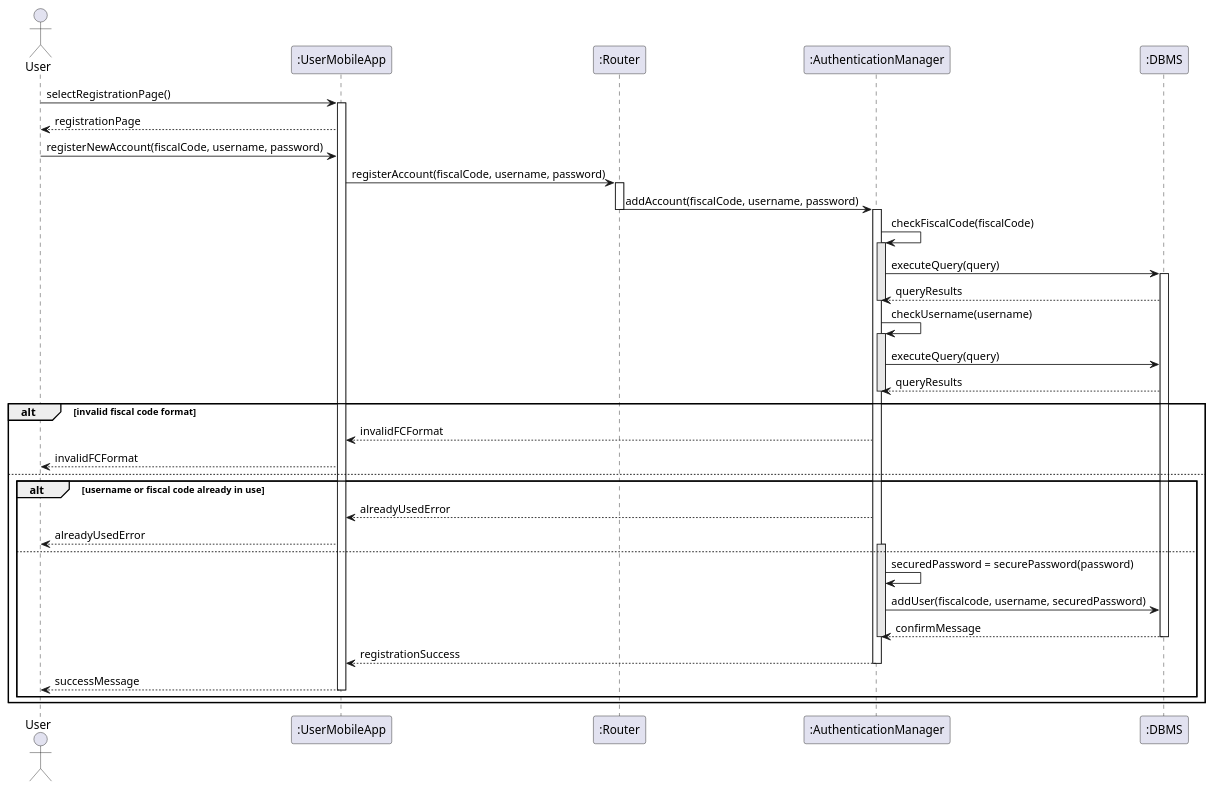
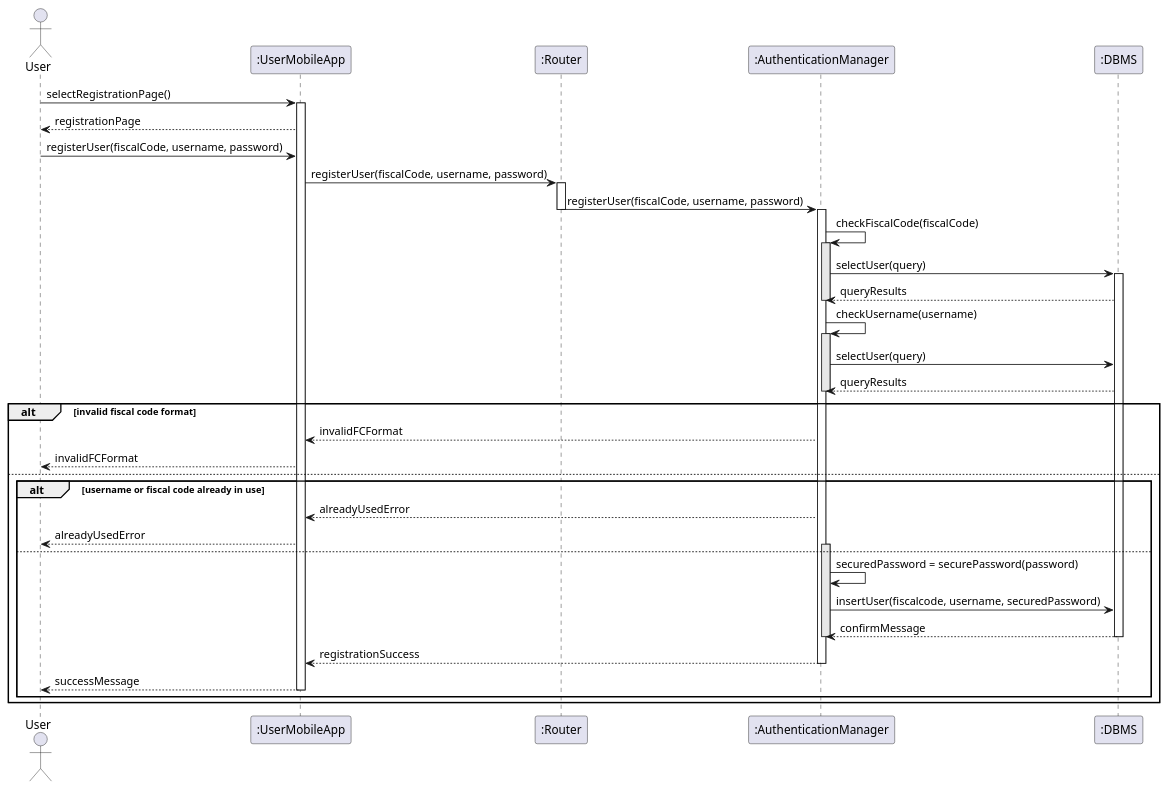
The diagram in diagrams/dd_sequence_diagram_uc_1_1.wsd (fuljo/FulginiDiCesare-SE2), drawn with PlantUML before and after one commit.

Commit message:
Improve clarity in SD for user registration
- use the name User instead of Account
- use method names select and insert on the DBMS

```diff
--- a/diagrams/dd_sequence_diagram_uc_1_1.wsd
+++ b/diagrams/dd_sequence_diagram_uc_1_1.wsd
@@ -1,51 +1,51 @@
 @startuml dd_sequence_diagram_uc_1_1
 skinparam Shadowing false
 
 actor User as U
 participant ":UserMobileApp" as UMA
 participant ":Router" as R
 participant ":AuthenticationManager" as AM
 participant ":DBMS" as DBMS
 
 U -> UMA : selectRegistrationPage()
 activate UMA
 UMA --> U: registrationPage
-U -> UMA : registerNewAccount(fiscalCode, username, password)
-UMA -> R : registerAccount(fiscalCode, username, password)
+U -> UMA : registerUser(fiscalCode, username, password)
+UMA -> R : registerUser(fiscalCode, username, password)
 activate R
-R -> AM : addAccount(fiscalCode, username, password)
+R -> AM : registerUser(fiscalCode, username, password)
 deactivate R
 activate AM
 AM -> AM : checkFiscalCode(fiscalCode)
 activate AM #e8e8e8
-AM -> DBMS : executeQuery(query)
+AM -> DBMS : selectUser(query)
 activate DBMS
 DBMS --> AM : queryResults
 deactivate AM
 AM -> AM : checkUsername(username)
 activate AM #e8e8e8
-AM -> DBMS : executeQuery(query)
+AM -> DBMS : selectUser(query)
 DBMS --> AM : queryResults
 deactivate AM
 alt invalid fiscal code format
 AM --> UMA : invalidFCFormat
 UMA --> U : invalidFCFormat
 else
 alt username or fiscal code already in use
 AM --> UMA : alreadyUsedError
 UMA --> U : alreadyUsedError
 else
 activate AM #e8e8e8
 AM -> AM : securedPassword = securePassword(password)
-AM -> DBMS : addUser(fiscalcode, username, securedPassword)
+AM -> DBMS : insertUser(fiscalcode, username, securedPassword)
 DBMS --> AM : confirmMessage
 deactivate DBMS
 deactivate AM
 AM --> UMA : registrationSuccess
 deactivate AM
 UMA --> U : successMessage
 deactivate UMA
 end
 end
 
 @enduml
```
